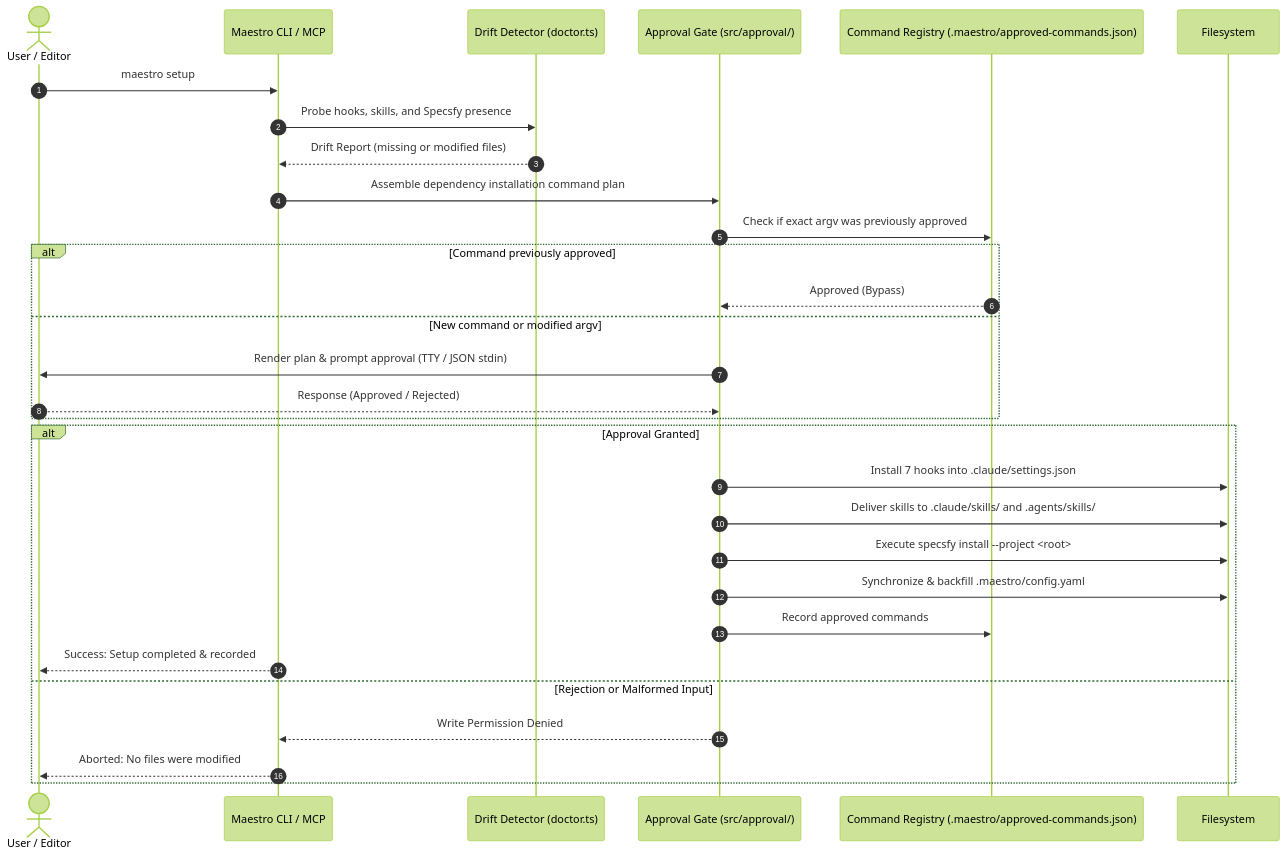
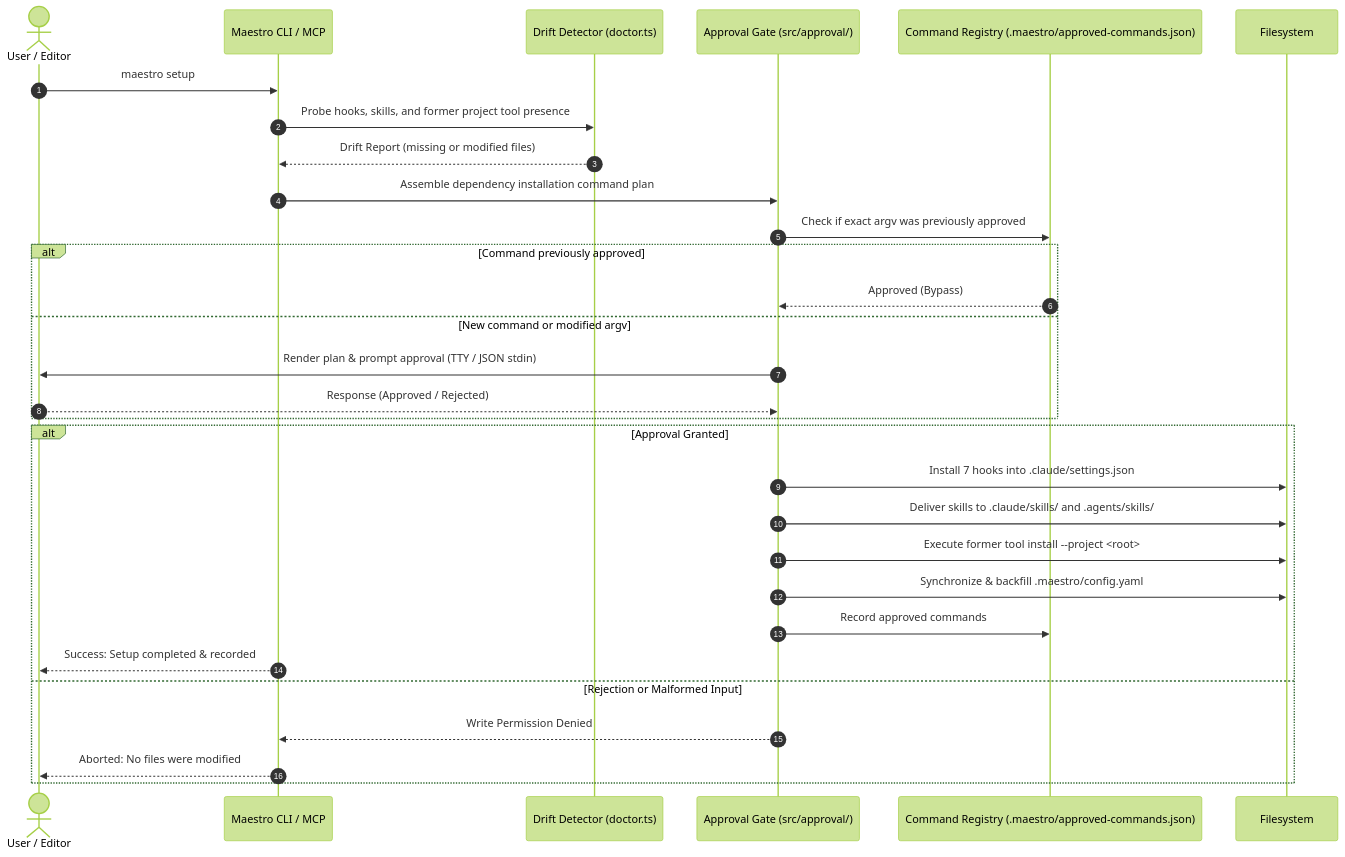
One commit to brunocalmon/maestro changed the third of 5 diagrams in docs/flows.md. Above: the diagram before and after it, drawn with Mermaid (forest theme). The commit also changed other lines of this file and 488 other files, not shown here.

````diff
--- a/docs/flows.md
+++ b/docs/flows.md
@@ -35,36 +35,36 @@
 ```mermaid
 sequenceDiagram
     autonumber
     actor User as User / Editor
     participant CLI as Maestro CLI / MCP
     participant Doctor as Drift Detector (doctor.ts)
     participant Gate as Approval Gate (src/approval/)
     participant Registry as Command Registry (.maestro/approved-commands.json)
     participant FS as Filesystem
 
     User->>CLI: maestro setup
-    CLI->>Doctor: Probe hooks, skills, and Specsfy presence
+    CLI->>Doctor: Probe hooks, skills, and former project tool presence
     Doctor-->>CLI: Drift Report (missing or modified files)
     
     CLI->>Gate: Assemble dependency installation command plan
     Gate->>Registry: Check if exact argv was previously approved
     
     alt Command previously approved
         Registry-->>Gate: Approved (Bypass)
     else New command or modified argv
         Gate->>User: Render plan & prompt approval (TTY / JSON stdin)
         User-->>Gate: Response (Approved / Rejected)
     end
 
     alt Approval Granted
         Gate->>FS: Install 7 hooks into .claude/settings.json
         Gate->>FS: Deliver skills to .claude/skills/ and .agents/skills/
-        Gate->>FS: Execute specsfy install --project <root>
+        Gate->>FS: Execute former tool install --project <root>
         Gate->>FS: Synchronize & backfill .maestro/config.yaml
         Gate->>Registry: Record approved commands
         CLI-->>User: Success: Setup completed & recorded
     else Rejection or Malformed Input
         Gate-->>CLI: Write Permission Denied
         CLI-->>User: Aborted: No files were modified
     end
 ```
````
